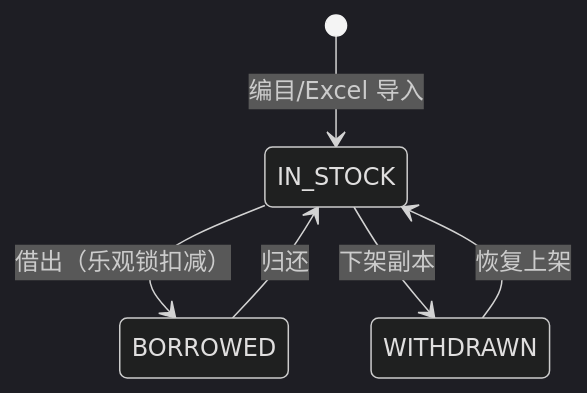
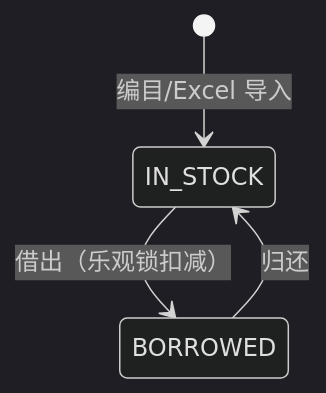
Before and after one commit to WilliamsJustin/library-management-system: the third of 6 diagrams in docs/business-flows.md, drawn with Mermaid (dark theme). The commit also changed other lines of this file and 18 other files, not shown here.

````diff
--- a/docs/business-flows.md
+++ b/docs/business-flows.md
@@ -61,8 +61,6 @@
 ```mermaid
 stateDiagram-v2
     [*] --> IN_STOCK: 编目/Excel 导入
     IN_STOCK --> BORROWED: 借出（乐观锁扣减）
     BORROWED --> IN_STOCK: 归还
-    IN_STOCK --> WITHDRAWN: 下架副本
-    WITHDRAWN --> IN_STOCK: 恢复上架
 ```
````
